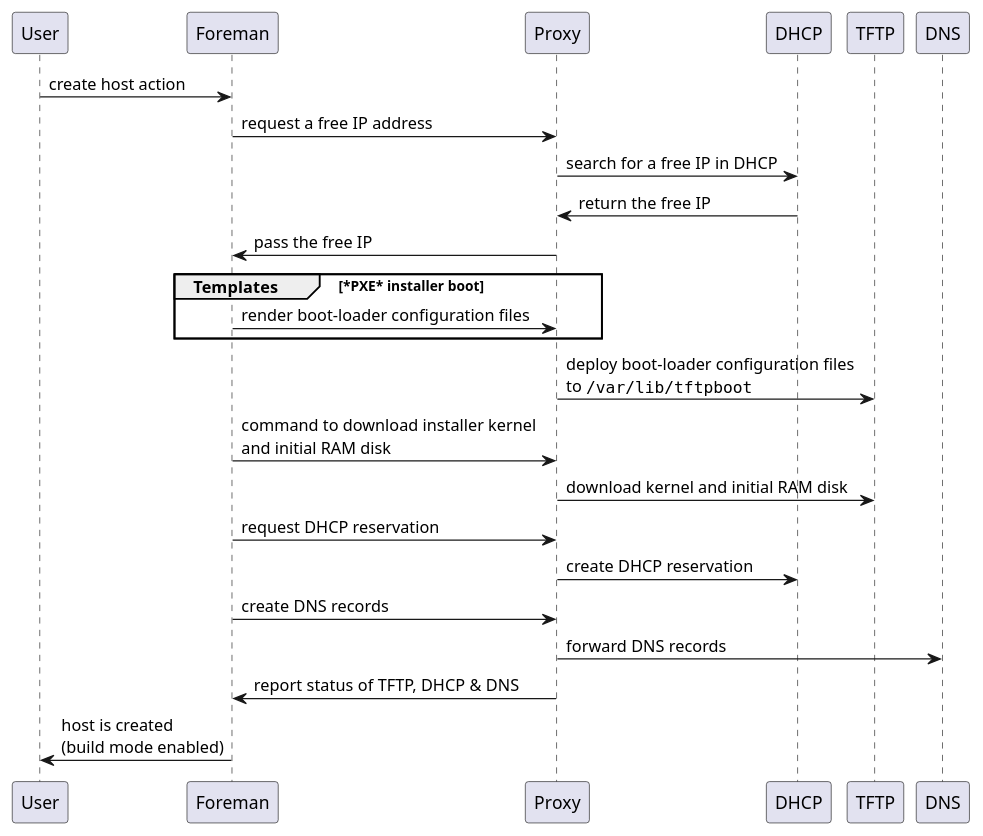
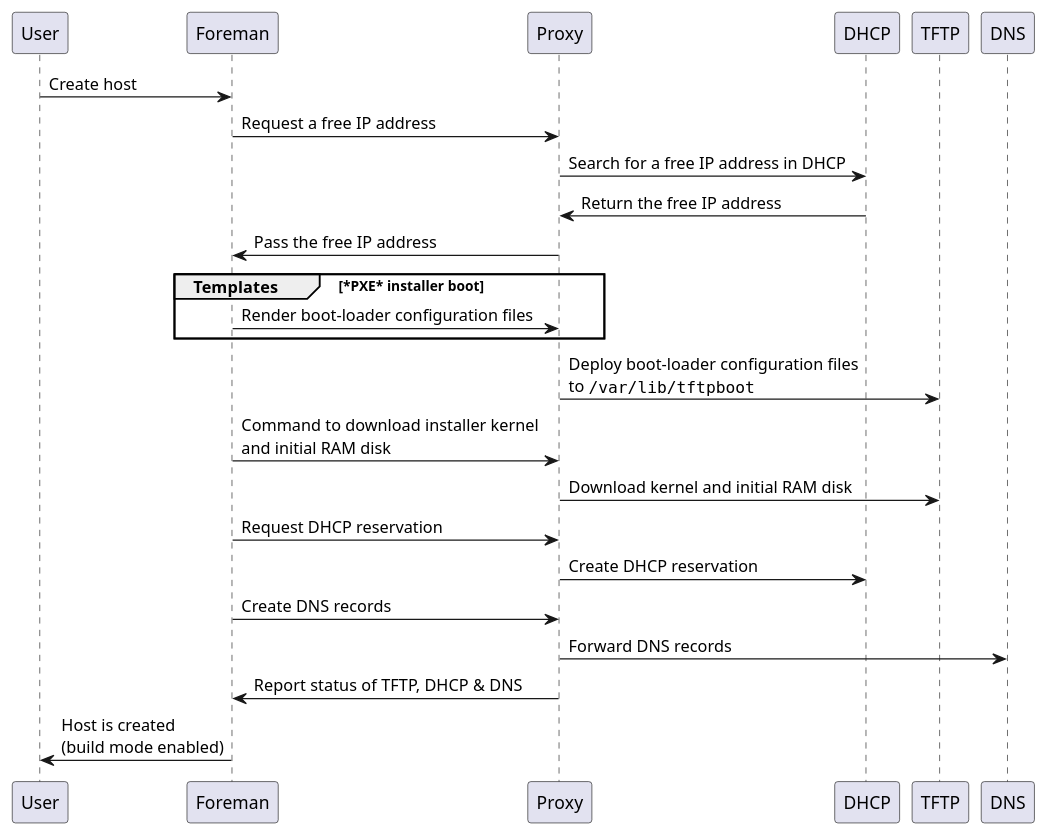
Before and after one commit to theforeman/foreman-documentation: the diagram in guides/image-sources/prov-create-host-pxe.iuml, drawn with PlantUML. The commit also changed 6 other files, not shown here.

```diff
--- a/guides/image-sources/prov-create-host-pxe.iuml
+++ b/guides/image-sources/prov-create-host-pxe.iuml
@@ -1,17 +1,17 @@
-User -> Foreman : create host action
-Foreman -> Proxy : request a free IP address
-Proxy -> DHCP : search for a free IP in DHCP
-DHCP -> Proxy : return the free IP
-Proxy -> Foreman : pass the free IP
+User -> Foreman : Create host
+Foreman -> Proxy : Request a free IP address
+Proxy -> DHCP : Search for a free IP address in DHCP
+DHCP -> Proxy : Return the free IP address
+Proxy -> Foreman : Pass the free IP address
 group Templates [*PXE* installer boot]
-    Foreman -> Proxy : render boot-loader configuration files
+    Foreman -> Proxy : Render boot-loader configuration files
 end
-Proxy -> TFTP : deploy boot-loader configuration files\nto ""/var/lib/tftpboot""
-Foreman -> Proxy : command to download installer kernel\nand initial RAM disk
-Proxy -> TFTP : download kernel and initial RAM disk
-Foreman -> Proxy : request DHCP reservation
-Proxy -> DHCP : create DHCP reservation
-Foreman -> Proxy : create DNS records
-Proxy -> DNS : forward DNS records
-Proxy -> Foreman : report status of TFTP, DHCP & DNS
-Foreman -> User : host is created\n(build mode enabled)
+Proxy -> TFTP : Deploy boot-loader configuration files\nto ""/var/lib/tftpboot""
+Foreman -> Proxy : Command to download installer kernel\nand initial RAM disk
+Proxy -> TFTP : Download kernel and initial RAM disk
+Foreman -> Proxy : Request DHCP reservation
+Proxy -> DHCP : Create DHCP reservation
+Foreman -> Proxy : Create DNS records
+Proxy -> DNS : Forward DNS records
+Proxy -> Foreman : Report status of TFTP, DHCP & DNS
+Foreman -> User : Host is created\n(build mode enabled)
```
